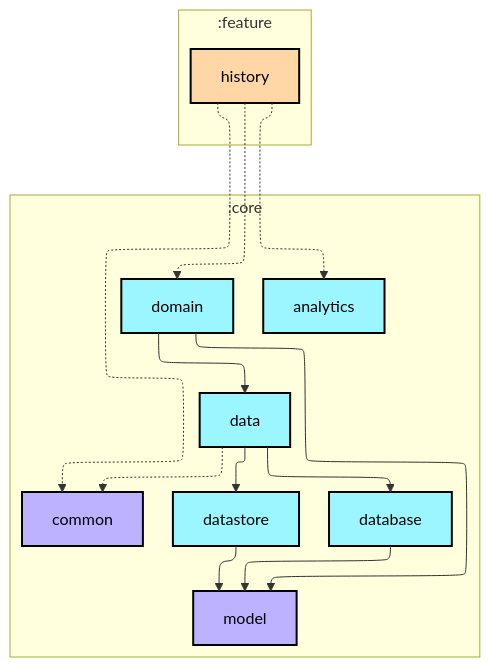
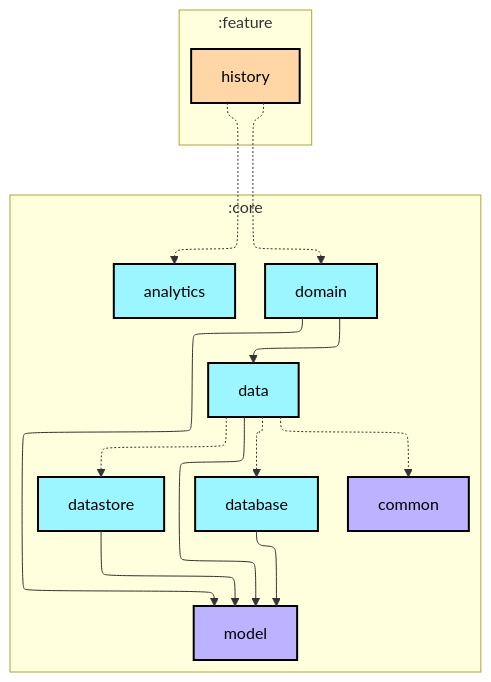
The first of 2 diagrams in feature/history/README.md (Sunior-k/walklog), drawn with Mermaid before and after one commit. The commit also changed 52 other files, not shown here.

````diff
--- a/feature/history/README.md
+++ b/feature/history/README.md
@@ -14,41 +14,41 @@
 ```mermaid
 ---
 config:
   layout: elk
   elk:
     nodePlacementStrategy: SIMPLE
 ---
 graph TB
   subgraph :feature
     direction TB
     :feature:history[history]:::android-feature
   end
 
   subgraph :core
     direction TB
     :core:domain[domain]:::android-library
     :core:data[data]:::android-library
     :core:database[database]:::android-library
     :core:datastore[datastore]:::android-library
     :core:common[common]:::jvm-library
     :core:model[model]:::jvm-library
     :core:analytics[analytics]:::android-library
   end
 
   :feature:history -.-> :core:domain
-  :feature:history -.-> :core:common
   :feature:history -.-> :core:analytics
   :core:domain --> :core:data
   :core:domain --> :core:model
-  :core:data --> :core:database
-  :core:data --> :core:datastore
+  :core:data --> :core:model
+  :core:data -.-> :core:database
+  :core:data -.-> :core:datastore
   :core:data -.-> :core:common
   :core:database --> :core:model
   :core:datastore --> :core:model
 
 classDef android-application fill:#CAFFBF,stroke:#000,stroke-width:2px,color:#000;
 classDef android-feature fill:#FFD6A5,stroke:#000,stroke-width:2px,color:#000;
 classDef android-library fill:#9BF6FF,stroke:#000,stroke-width:2px,color:#000;
 classDef android-test fill:#A0C4FF,stroke:#000,stroke-width:2px,color:#000;
 classDef jvm-library fill:#BDB2FF,stroke:#000,stroke-width:2px,color:#000;
 ```
````
